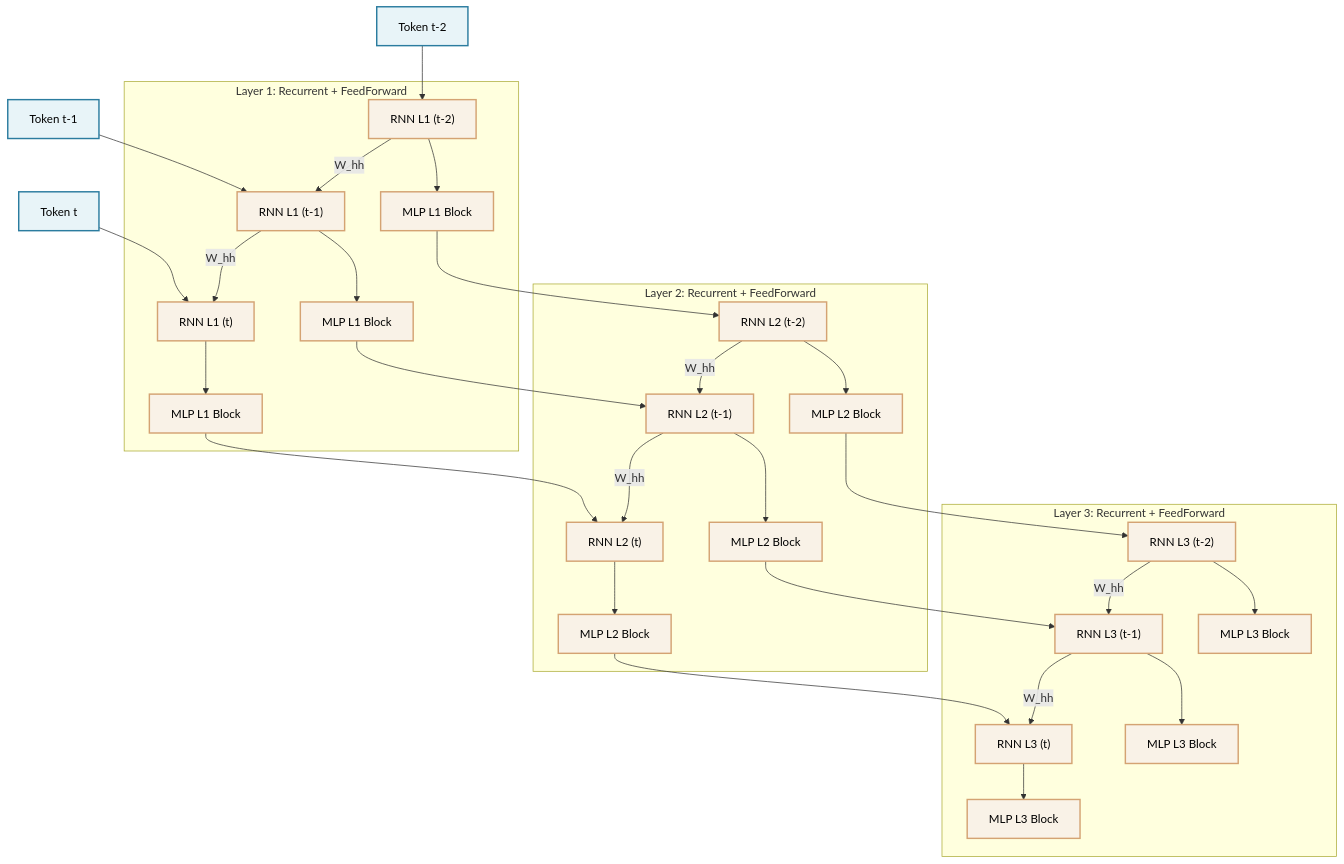
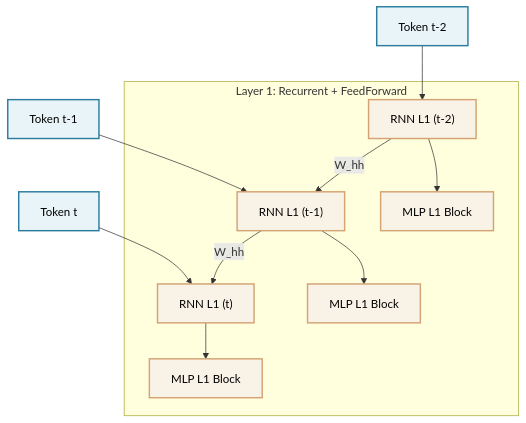
One commit to mingusb/transformer-golf changed the fourth of 6 diagrams in README.md. Above: the diagram before and after it, drawn with Mermaid. The commit also changed other lines of this file and 2 other files, not shown here.

Commit message:
Fix InductionDataset rejection sampling and dynamically inject specific Z3 gate names into Mermaid diagrams

````diff
--- a/README.md
+++ b/README.md
@@ -536,79 +536,35 @@
 ```mermaid
 graph TD
     classDef input fill:#e8f4f8,stroke:#2b7c9f,stroke-width:2px,color:#000;
     classDef hidden fill:#f9f2e7,stroke:#d4a373,stroke-width:2px,color:#000;
     classDef gate fill:#e8f8e8,stroke:#4caf50,stroke-width:2px,color:#000;
     classDef reduce fill:#fde2e4,stroke:#f28482,stroke-width:2px,color:#000;
     classDef output fill:#e0e0e0,stroke:#616161,stroke-width:2px,color:#000;
 
     %% Sequence Inputs
     X0["Token t-2"]:::input
     X1["Token t-1"]:::input
     X2["Token t"]:::input
 
     %% Layer 1
     subgraph L1["Layer 1: Recurrent + FeedForward"]
         R1_0["RNN L1 (t-2)"]:::hidden
         R1_1["RNN L1 (t-1)"]:::hidden
         R1_2["RNN L1 (t)"]:::hidden
         
         M1_0["MLP L1 Block"]:::hidden
         M1_1["MLP L1 Block"]:::hidden
         M1_2["MLP L1 Block"]:::hidden
     end
 
     X0 --> R1_0
     X1 --> R1_1
     X2 --> R1_2
 
     R1_0 -->|W_hh| R1_1
     R1_1 -->|W_hh| R1_2
 
     R1_0 --> M1_0
     R1_1 --> M1_1
     R1_2 --> M1_2
-
-    %% Layer 2
-    subgraph L2["Layer 2: Recurrent + FeedForward"]
-        R2_0["RNN L2 (t-2)"]:::hidden
-        R2_1["RNN L2 (t-1)"]:::hidden
-        R2_2["RNN L2 (t)"]:::hidden
-        
-        M2_0["MLP L2 Block"]:::hidden
-        M2_1["MLP L2 Block"]:::hidden
-        M2_2["MLP L2 Block"]:::hidden
-    end
-
-    M1_0 --> R2_0
-    M1_1 --> R2_1
-    M1_2 --> R2_2
-
-    R2_0 -->|W_hh| R2_1
-    R2_1 -->|W_hh| R2_2
-
-    R2_0 --> M2_0
-    R2_1 --> M2_1
-    R2_2 --> M2_2
-
-    %% Layer 3
-    subgraph L3["Layer 3: Recurrent + FeedForward"]
-        R3_0["RNN L3 (t-2)"]:::hidden
-        R3_1["RNN L3 (t-1)"]:::hidden
-        R3_2["RNN L3 (t)"]:::hidden
-        
-        M3_0["MLP L3 Block"]:::hidden
-        M3_1["MLP L3 Block"]:::hidden
-        M3_2["MLP L3 Block"]:::hidden
-    end
-
-    M2_0 --> R3_0
-    M2_1 --> R3_1
-    M2_2 --> R3_2
-
-    R3_0 -->|W_hh| R3_1
-    R3_1 -->|W_hh| R3_2
-
-    R3_0 --> M3_0
-    R3_1 --> M3_1
-    R3_2 --> M3_2
 ```
````
